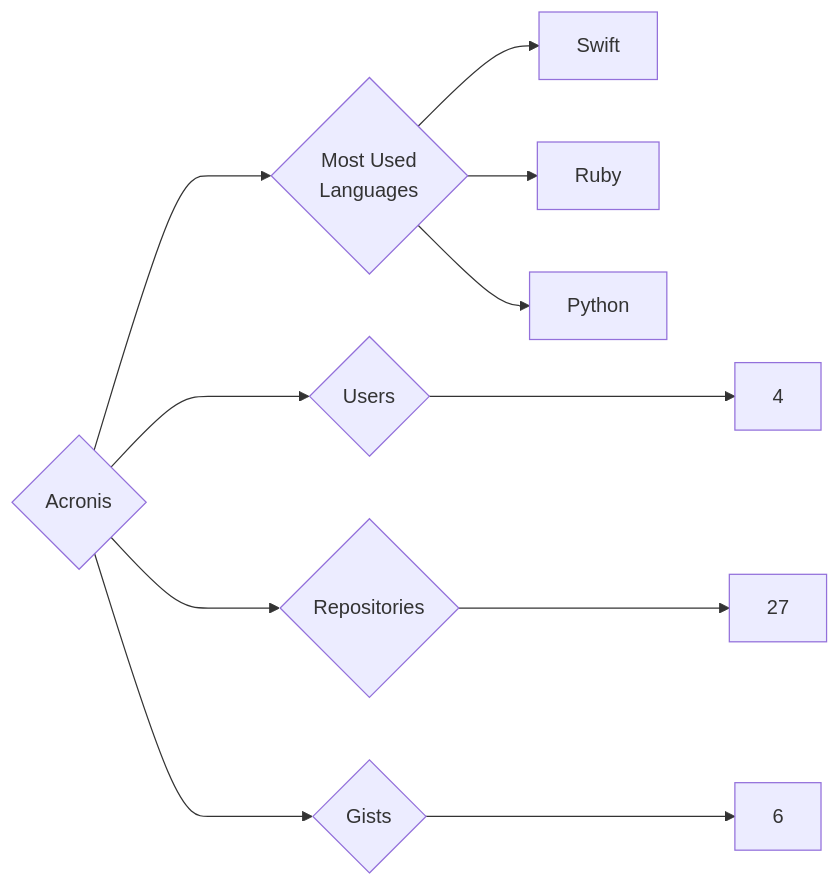
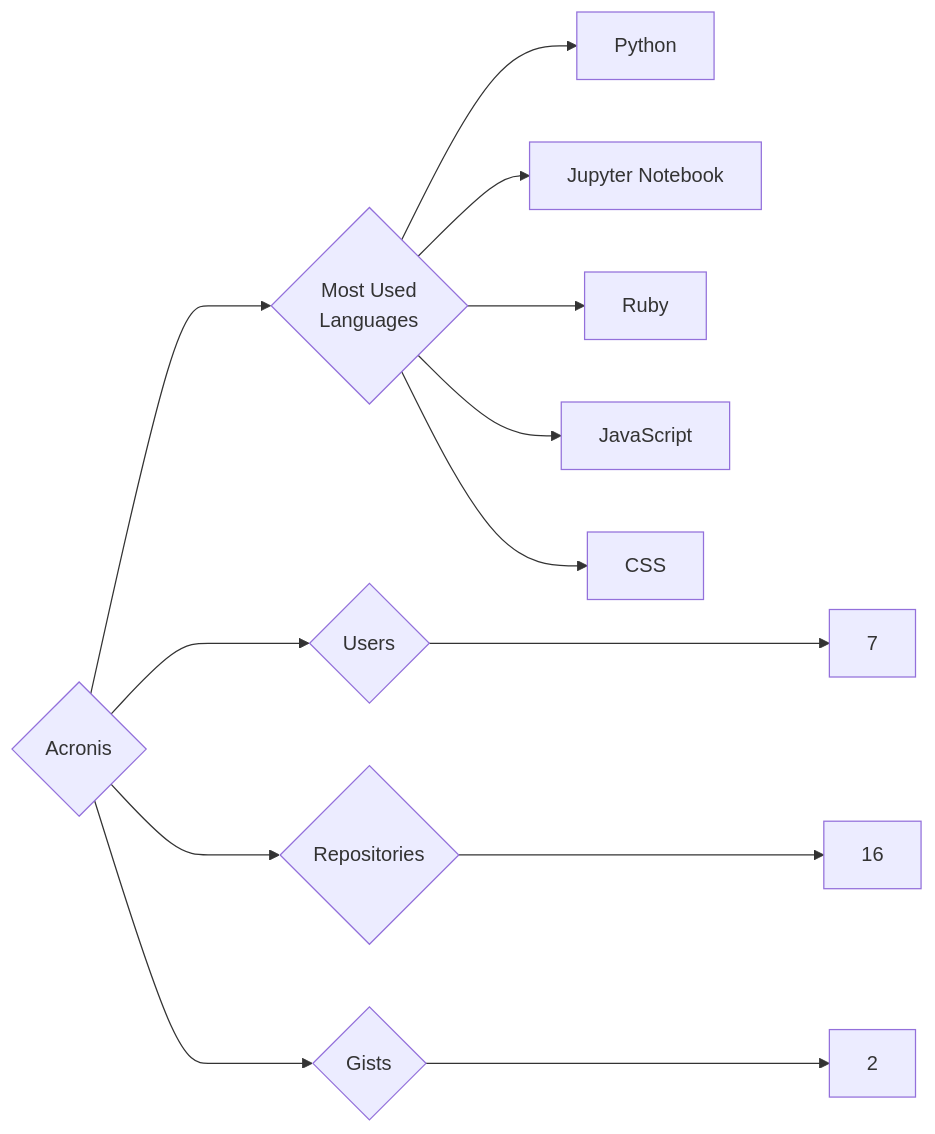
The diagram in targets/Acronis/README.md (trickest/insiders), drawn with Mermaid before and after one commit. The commit also changed 997 other files, not shown here.

````diff
--- a/targets/Acronis/README.md
+++ b/targets/Acronis/README.md
@@ -3,11 +3,13 @@
 ```mermaid
 graph LR
 COMPANY_NAME{Acronis}
-COMPANY_NAME ---> U{Users} ---> UN[4]
-COMPANY_NAME ---> R{Repositories} ---> RN[27]
-COMPANY_NAME ---> G{Gists} ---> GN[6]
+COMPANY_NAME ---> U{Users} ---> UN[7]
+COMPANY_NAME ---> R{Repositories} ---> RN[16]
+COMPANY_NAME ---> G{Gists} ---> GN[2]
 COMPANY_NAME ---> ML{Most Used<br>Languages}
-ML --> Swift[Swift]
+ML --> Python[Python]
+ML --> Jupyter_Notebook[Jupyter Notebook]
 ML --> Ruby[Ruby]
-ML --> Python[Python]
+ML --> JavaScript[JavaScript]
+ML --> CSS[CSS]
 ```
````
